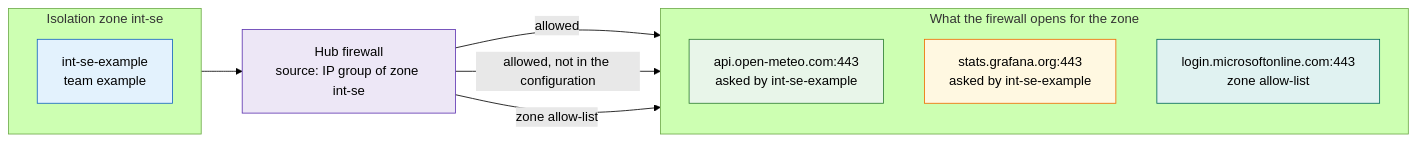
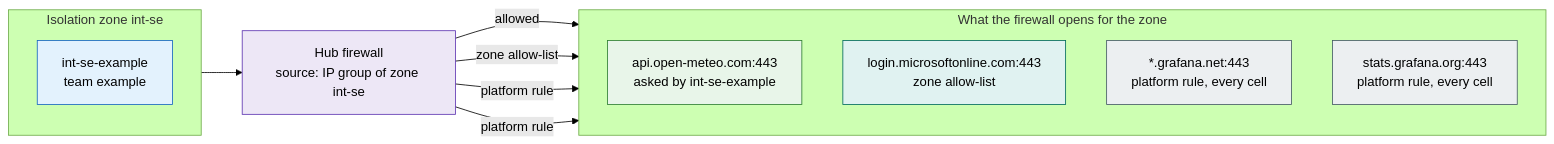
The diagram in diagrams/23-example-zone.mmd (onek8s/onek8s.github.io), drawn with Mermaid (forest theme) before and after one commit. The commit also changed 4 other files, not shown here.

First line of the commit message:
Section 23: zone allow-list and platform rules on the zone picture only; examples regenerated (#55)

```diff
--- a/diagrams/23-example-zone.mmd
+++ b/diagrams/23-example-zone.mmd
@@ -1,30 +1,33 @@
-%% Example of a generated per-zone picture (section 23): zone int-se on the dev lab's node-subnet cell az3, first run 2026-10-17.
+%% Example of a generated per-zone picture (section 23): zone int-se on the dev lab's node-subnet cell az3 (2026-10-17):
+%% the applications' own rules, the zone allow-list and the exposure's platform rules, what the firewall opens for the zone.
 flowchart LR
     subgraph Z["Isolation zone int-se"]
         direction TB
         a_int_se_example["int-se-example<br/>team example"]
     end
     fw["Hub firewall<br/>source: IP group of zone int-se"]
     subgraph OUT["What the firewall opens for the zone"]
         direction TB
         d_api_open_meteo_com["api.open-meteo.com:443<br/>asked by int-se-example"]
-        d_stats_grafana_org["stats.grafana.org:443<br/>asked by int-se-example"]
         z_login_microsoftonline_com["login.microsoftonline.com:443<br/>zone allow-list"]
+        p___grafana_net["*.grafana.net:443<br/>platform rule, every cell"]
+        p_stats_grafana_org["stats.grafana.org:443<br/>platform rule, every cell"]
     end
     a_int_se_example --> fw
     fw -->|"allowed"| d_api_open_meteo_com
-    fw -->|"allowed, not in the configuration"| d_stats_grafana_org
     fw -->|"zone allow-list"| z_login_microsoftonline_com
+    fw -->|"platform rule"| p___grafana_net
+    fw -->|"platform rule"| p_stats_grafana_org
     classDef ns fill:#e3f2fd,stroke:#1565c0,color:#000
     classDef platform fill:#eceff1,stroke:#455a64,color:#000
     classDef fw fill:#ede7f6,stroke:#5e35b1,color:#000
     classDef allowed fill:#e8f5e9,stroke:#2e7d32,color:#000
     classDef unexplained fill:#fff8e1,stroke:#ef6c00,color:#000
     classDef missing fill:#ffebee,stroke:#c62828,color:#000,stroke-dasharray: 5 5
     classDef proposed fill:#f3e5f5,stroke:#7b1fa2,color:#000,stroke-dasharray: 5 5
     classDef zone fill:#e0f2f1,stroke:#00695c,color:#000
     class fw fw
     class a_int_se_example ns
     class d_api_open_meteo_com allowed
-    class d_stats_grafana_org unexplained
     class z_login_microsoftonline_com zone
+    class p___grafana_net,p_stats_grafana_org platform
```
